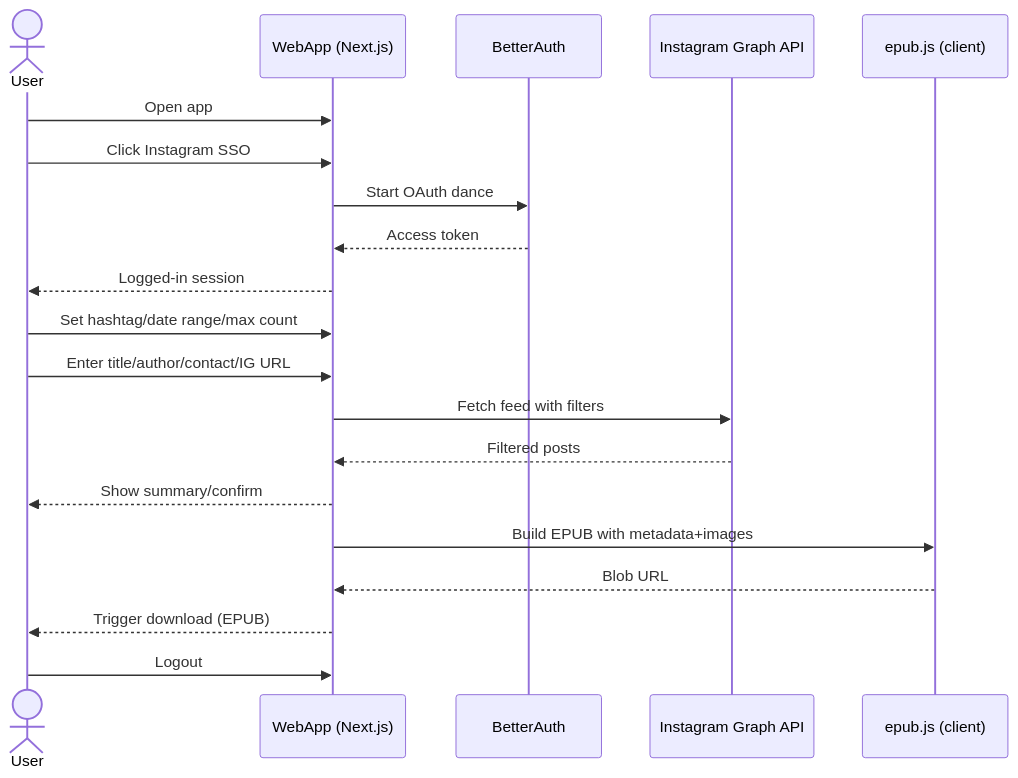
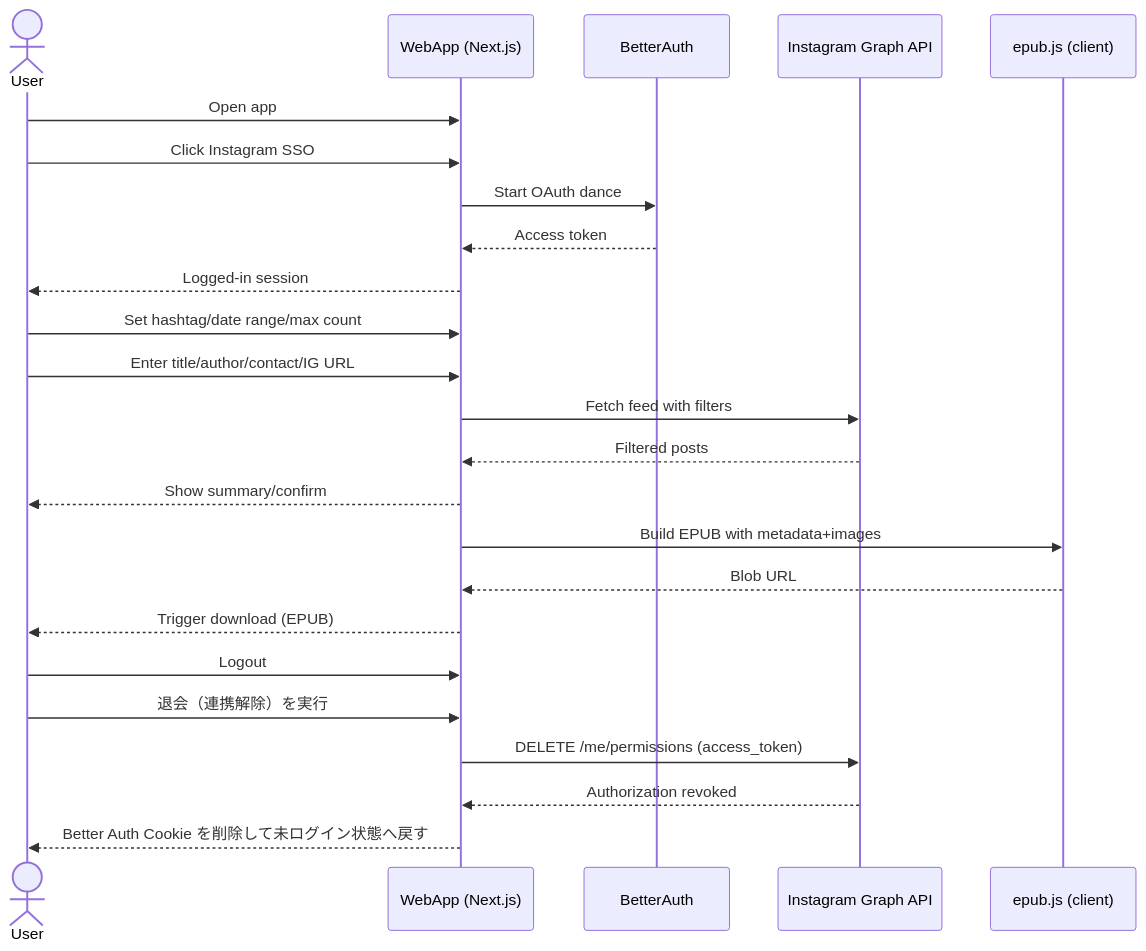
Before and after one commit to 1021ky/instagram-feed-epublisher: the diagram in docs/designdoc/sequenceDiagram.mmd, drawn with Mermaid. The commit also changed 7 other files, not shown here.

First line of the commit message:
退会（連携解除）フローを追加し、Instagram 認可失効と Better Auth Cookie 破棄を統合 (#62)

```diff
--- a/docs/designdoc/sequenceDiagram.mmd
+++ b/docs/designdoc/sequenceDiagram.mmd
@@ -1,21 +1,25 @@
 sequenceDiagram
     %% @mermaid-chart
     actor U as User
     participant FE as WebApp (Next.js)
     participant BA as BetterAuth
     participant IG as Instagram Graph API
     participant EP as epub.js (client)
     U->>FE: Open app
     U->>FE: Click Instagram SSO
     FE->>BA: Start OAuth dance
     BA-->>FE: Access token
     FE-->>U: Logged-in session
     U->>FE: Set hashtag/date range/max count
     U->>FE: Enter title/author/contact/IG URL
     FE->>IG: Fetch feed with filters
     IG-->>FE: Filtered posts
     FE-->>U: Show summary/confirm
     FE->>EP: Build EPUB with metadata+images
     EP-->>FE: Blob URL
     FE-->>U: Trigger download (EPUB)
     U->>FE: Logout
+    U->>FE: 退会（連携解除）を実行
+    FE->>IG: DELETE /me/permissions (access_token)
+    IG-->>FE: Authorization revoked
+    FE-->>U: Better Auth Cookie を削除して未ログイン状態へ戻す
```
